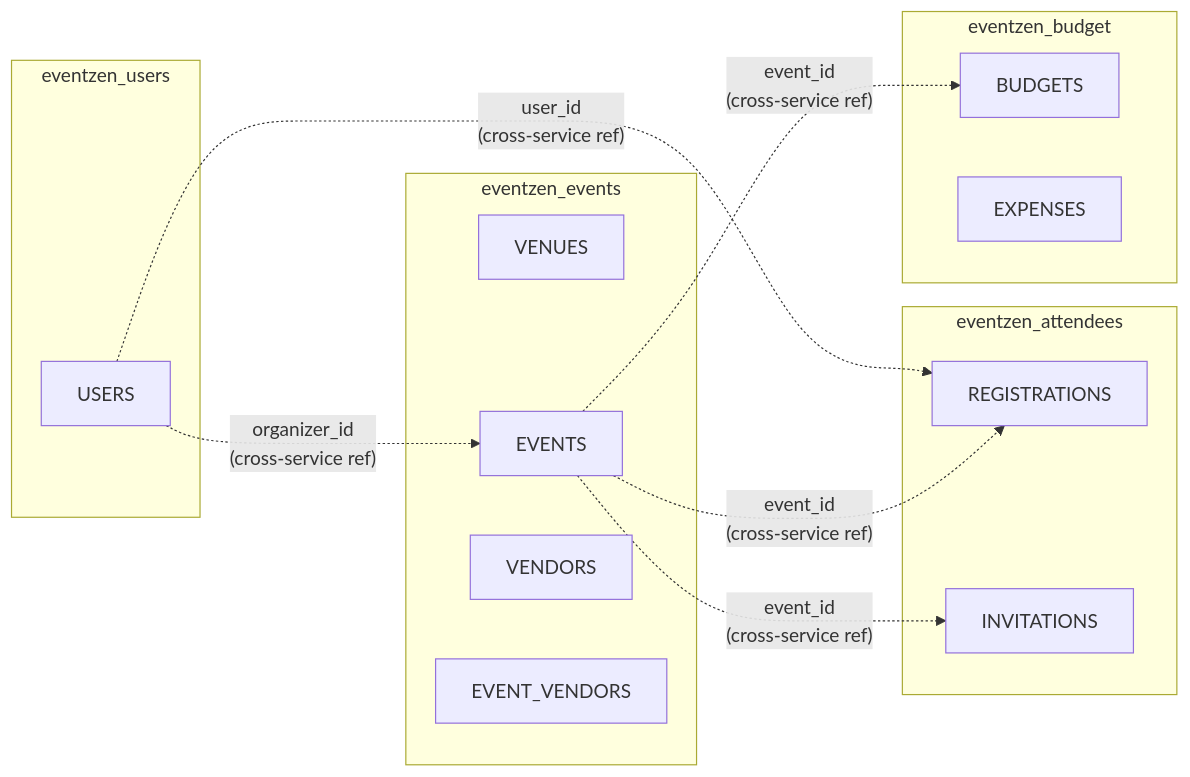
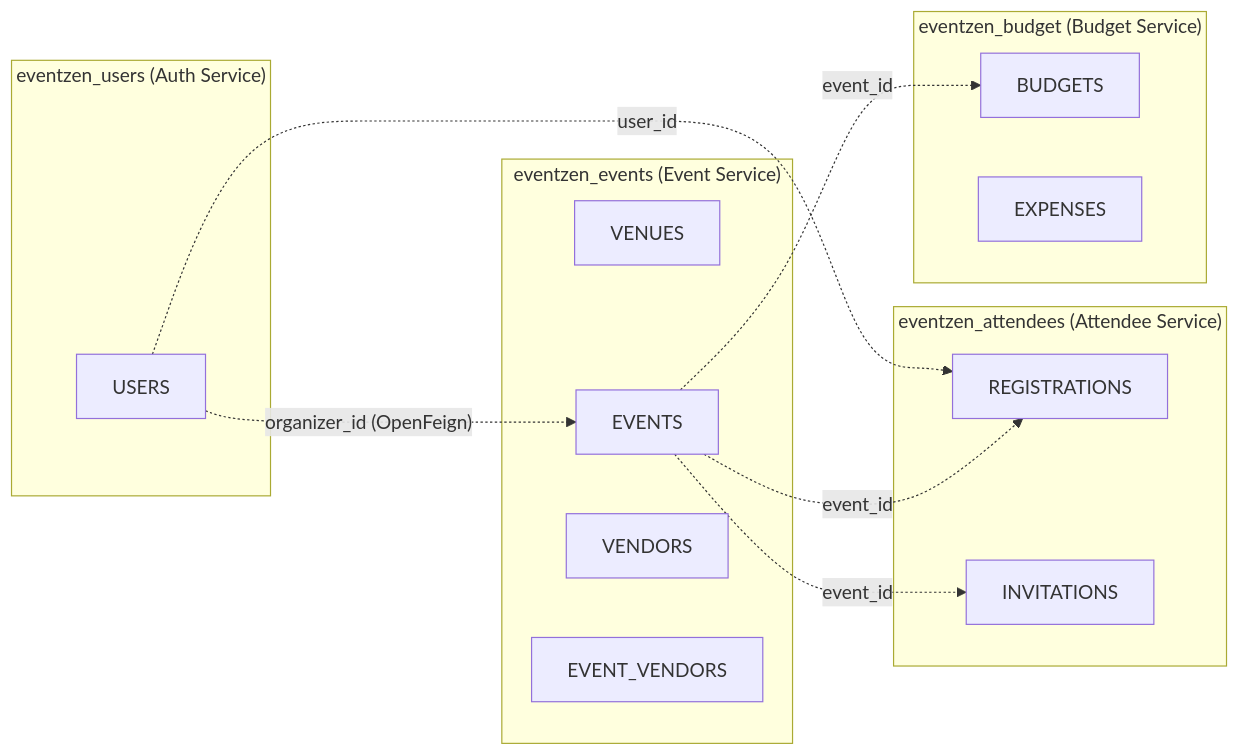
One commit to aiyan-shamshad/EventZen changed the second of 2 diagrams in docs/ER-Diagram.md. Above: the diagram before and after it, drawn with Mermaid. The commit also changed other lines of this file and 5 other files, not shown here.

Commit message:
Phase 1: Project setup with database init, ER diagram, and docs

````diff
--- a/docs/ER-Diagram.md
+++ b/docs/ER-Diagram.md
@@ -121,26 +106,26 @@
 ```mermaid
 graph LR
-    subgraph "eventzen_users"
+    subgraph "eventzen_users (Auth Service)"
         U[USERS]
     end
-    subgraph "eventzen_events"
+    subgraph "eventzen_events (Event Service)"
         V[VENUES]
         E[EVENTS]
         VD[VENDORS]
         EV[EVENT_VENDORS]
     end
-    subgraph "eventzen_attendees"
+    subgraph "eventzen_attendees (Attendee Service)"
         R[REGISTRATIONS]
         I[INVITATIONS]
     end
-    subgraph "eventzen_budget"
+    subgraph "eventzen_budget (Budget Service)"
         B[BUDGETS]
         EX[EXPENSES]
     end
 
-    U -.->|"organizer_id<br/>(cross-service ref)"| E
-    U -.->|"user_id<br/>(cross-service ref)"| R
-    E -.->|"event_id<br/>(cross-service ref)"| R
-    E -.->|"event_id<br/>(cross-service ref)"| I
-    E -.->|"event_id<br/>(cross-service ref)"| B
+    U -.->|"organizer_id (OpenFeign)"| E
+    U -.->|"user_id"| R
+    E -.->|"event_id"| R
+    E -.->|"event_id"| I
+    E -.->|"event_id"| B
 ```
````
